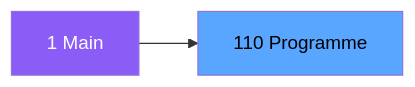
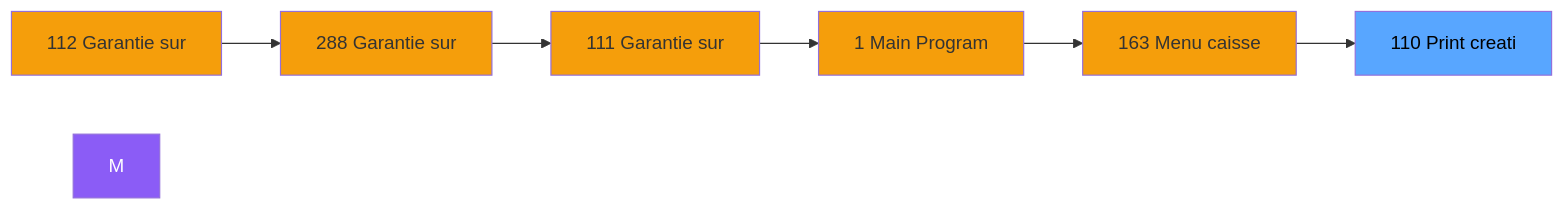
The second of 3 diagrams in .openspec/specs/ADH-IDE-110.md (thonyAGP/magic-migration), drawn with Mermaid before and after one commit. The commit also changed other lines of this file and 323 other files, not shown here.

````diff
--- a/.openspec/specs/ADH-IDE-110.md
+++ b/.openspec/specs/ADH-IDE-110.md
@@ -105,8 +127,21 @@
 ```mermaid
 graph LR
-    M[1 Main]
-    T[110 Programme]
-    M --> T
+    N112[112 Garantie sur]
+    N288[288 Garantie sur]
+    N111[111 Garantie sur]
+    N1[1 Main Program]
+    N163[163 Menu caisse ]
+    T[110 Print creati]
+    N112 --> N288
+    N288 --> N111
+    N111 --> N1
+    N1 --> N163
+    N163 --> T
     style M fill:#8b5cf6,color:#fff
+    style N112 fill:#f59e0b
+    style N288 fill:#f59e0b
+    style N111 fill:#f59e0b
+    style N1 fill:#f59e0b
+    style N163 fill:#f59e0b
     style T fill:#58a6ff,color:#000
 ```
````
